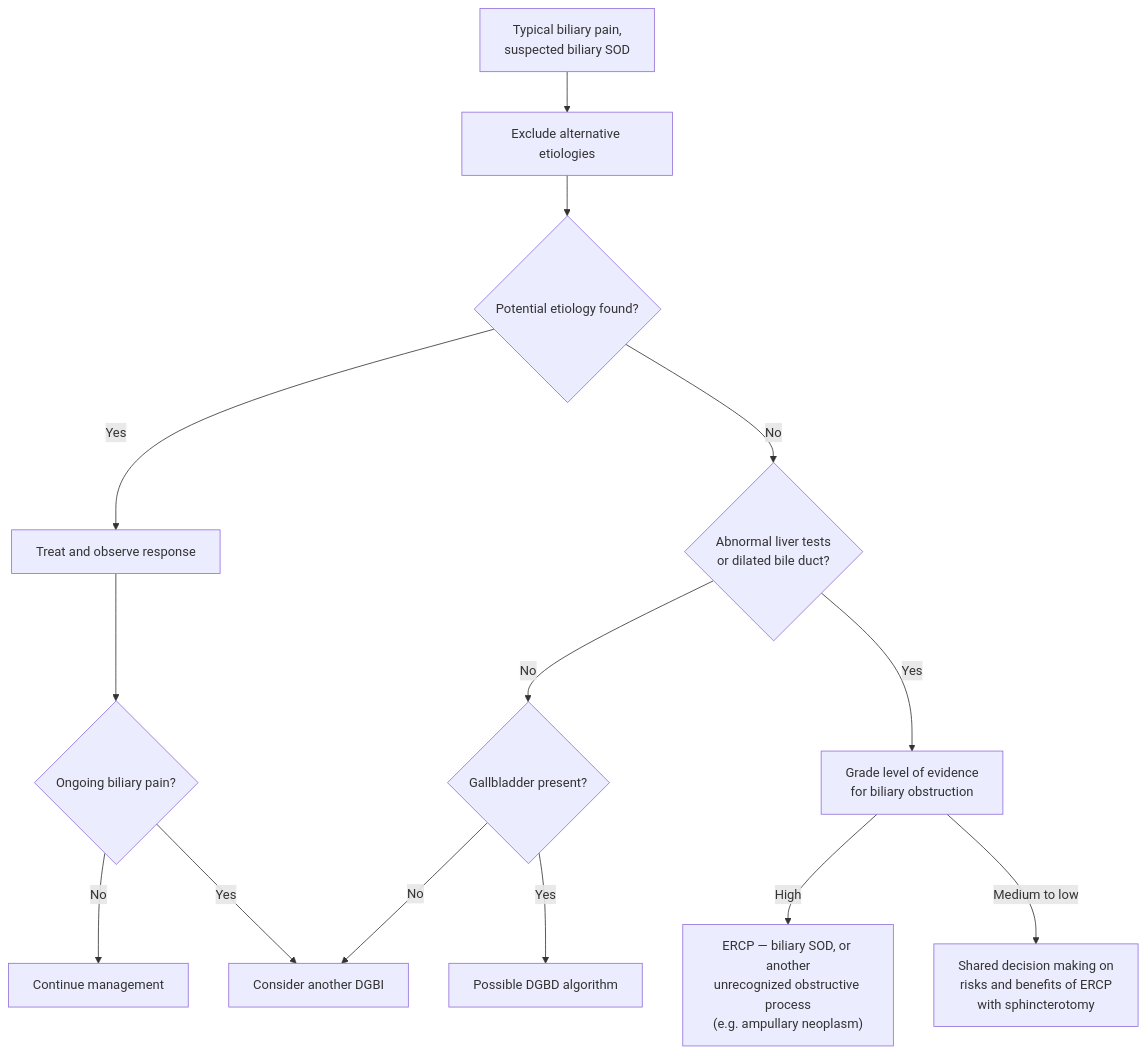
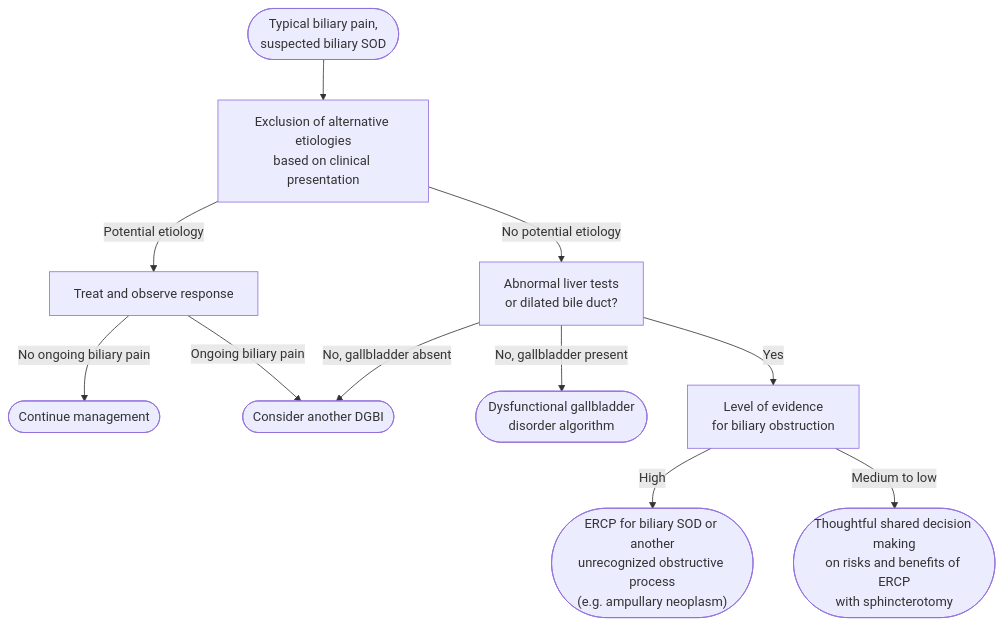
Before and after one commit to KHNickLeMD/KHNL-GI-Wiki: the diagram in KHNL-GI-Wiki/wiki/1-disease-scripts/pancreaticobiliary-diseases/sphincter-of-oddi-dysfunction.md, drawn with Mermaid. The commit also changed other lines of this file and 7 other files, not shown here.

````diff
--- a/KHNL-GI-Wiki/wiki/1-disease-scripts/pancreaticobiliary-diseases/sphincter-of-oddi-dysfunction.md
+++ b/KHNL-GI-Wiki/wiki/1-disease-scripts/pancreaticobiliary-diseases/sphincter-of-oddi-dysfunction.md
@@ -110,16 +117,17 @@
 ```mermaid
 flowchart TD
-    A["Typical biliary pain,<br/>suspected biliary SOD"] --> B["Exclude alternative etiologies"]
-    B --> C{"Potential etiology found?"}
-    C -->|Yes| D["Treat and observe response"]
-    D --> E{"Ongoing biliary pain?"}
-    E -->|No| F["Continue management"]
-    E -->|Yes| G["Consider another DGBI"]
-    C -->|No| H{"Abnormal liver tests<br/>or dilated bile duct?"}
-    H -->|No| I{"Gallbladder present?"}
-    I -->|Yes| J["Possible DGBD algorithm"]
-    I -->|No| G
-    H -->|Yes| K["Grade level of evidence<br/>for biliary obstruction"]
-    K -->|High| L["ERCP — biliary SOD, or another<br/>unrecognized obstructive process<br/>(e.g. ampullary neoplasm)"]
-    K -->|Medium to low| M["Shared decision making on<br/>risks and benefits of ERCP<br/>with sphincterotomy"]
+    A(["Typical biliary pain,<br/>suspected biliary SOD"]) --> B["Exclusion of alternative etiologies<br/>based on clinical presentation"]
+    B -- "Potential etiology" --> C["Treat and observe response"]
+    C -- "No ongoing biliary pain" --> D(["Continue management"])
+    C -- "Ongoing biliary pain" --> E(["Consider another DGBI"])
+    B -- "No potential etiology" --> F["Abnormal liver tests<br/>or dilated bile duct?"]
+    F -- "No, gallbladder present" --> G(["Dysfunctional gallbladder<br/>disorder algorithm"])
+    F -- "No, gallbladder absent" --> E
+    F -- "Yes" --> H["Level of evidence<br/>for biliary obstruction"]
+    H -- "High" --> I(["ERCP for biliary SOD or another<br/>unrecognized obstructive process<br/>(e.g. ampullary neoplasm)"])
+    H -- "Medium to low" --> J(["Thoughtful shared decision making<br/>on risks and benefits of ERCP<br/>with sphincterotomy"])
+    class A start
+    class B,C,F,H test
+    class D,G,I,J act
+    class E stop
 ```
````
